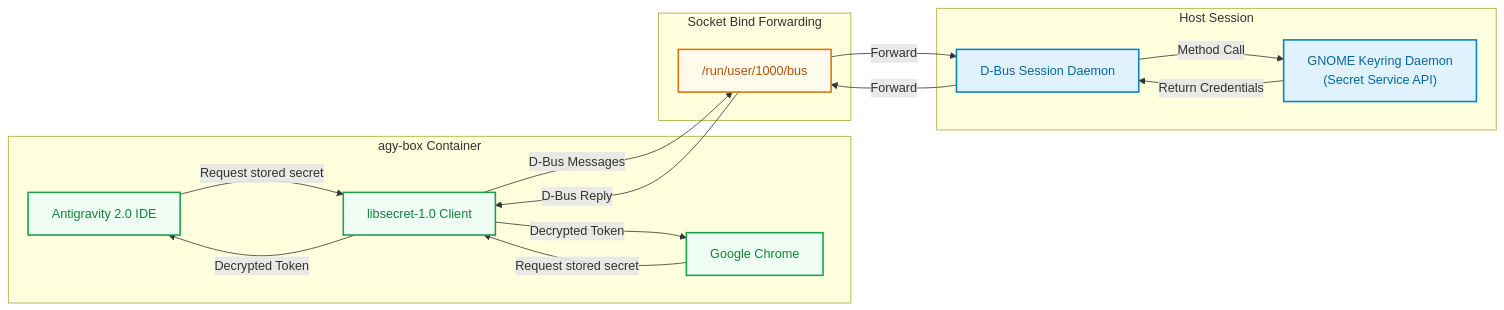
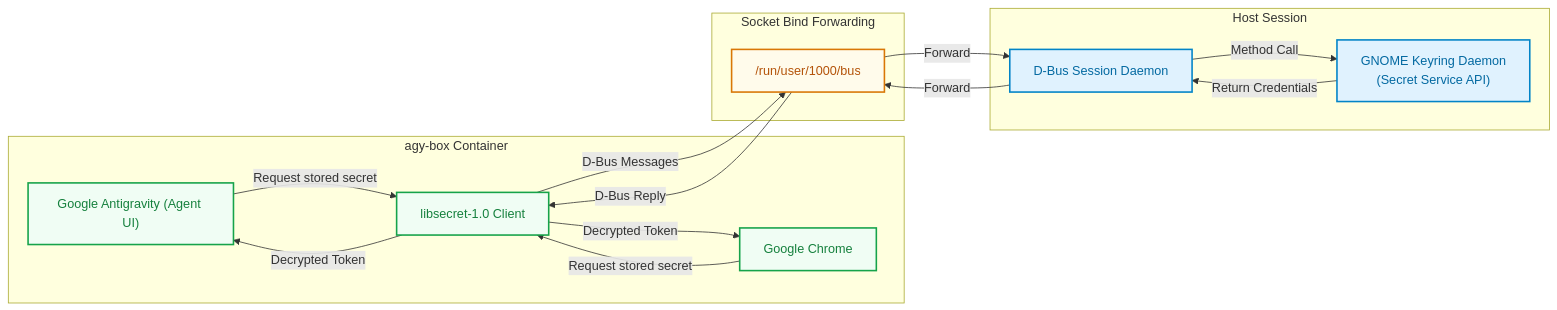
Before and after one commit to wtg-codes/agy-box: the third of 4 diagrams in docs/architecture.md, drawn with Mermaid. The commit also changed other lines of this file and 8 other files, not shown here.

First line of the commit message:
refactor: rename Antigravity 2.0 to Google Antigravity (Agent UI)

````diff
--- a/docs/architecture.md
+++ b/docs/architecture.md
@@ -161,37 +161,37 @@
 ```mermaid
 graph LR
     subgraph Sandbox ["agy-box Container"]
-        IDE["Antigravity 2.0 IDE"]
+        IDE["Google Antigravity (Agent UI)"]
         Chrome["Google Chrome"]
         LibSecret["libsecret-1.0 Client"]
     end
 
     subgraph Bridge ["Socket Bind Forwarding"]
         DBusSocket["/run/user/1000/bus"]
     end
 
     subgraph Host ["Host Session"]
         HostDBus["D-Bus Session Daemon"]
         Keyring["GNOME Keyring Daemon <br> (Secret Service API)"]
     end
 
     IDE -->|Request stored secret| LibSecret
     Chrome -->|Request stored secret| LibSecret
     LibSecret -->|D-Bus Messages| DBusSocket
     DBusSocket -->|Forward| HostDBus
     HostDBus -->|Method Call| Keyring
     Keyring -->|Return Credentials| HostDBus
     HostDBus -->|Forward| DBusSocket
     DBusSocket -->|D-Bus Reply| LibSecret
     LibSecret -->|Decrypted Token| IDE
     LibSecret -->|Decrypted Token| Chrome
 
     %% Modern Theme Styling
     classDef host fill:#e0f2fe,stroke:#0284c7,stroke-width:2px,color:#0369a1;
     classDef bridge fill:#fffbeb,stroke:#d97706,stroke-width:2px,color:#b45309;
     classDef sandbox fill:#f0fdf4,stroke:#16a34a,stroke-width:2px,color:#15803d;
 
     class HostDBus,Keyring host;
     class DBusSocket bridge;
     class IDE,Chrome,LibSecret sandbox;
 ```
````
